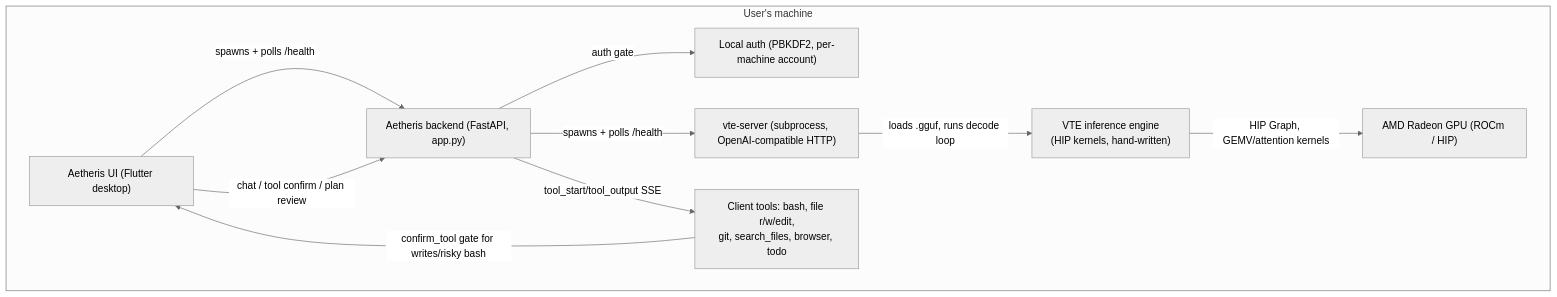
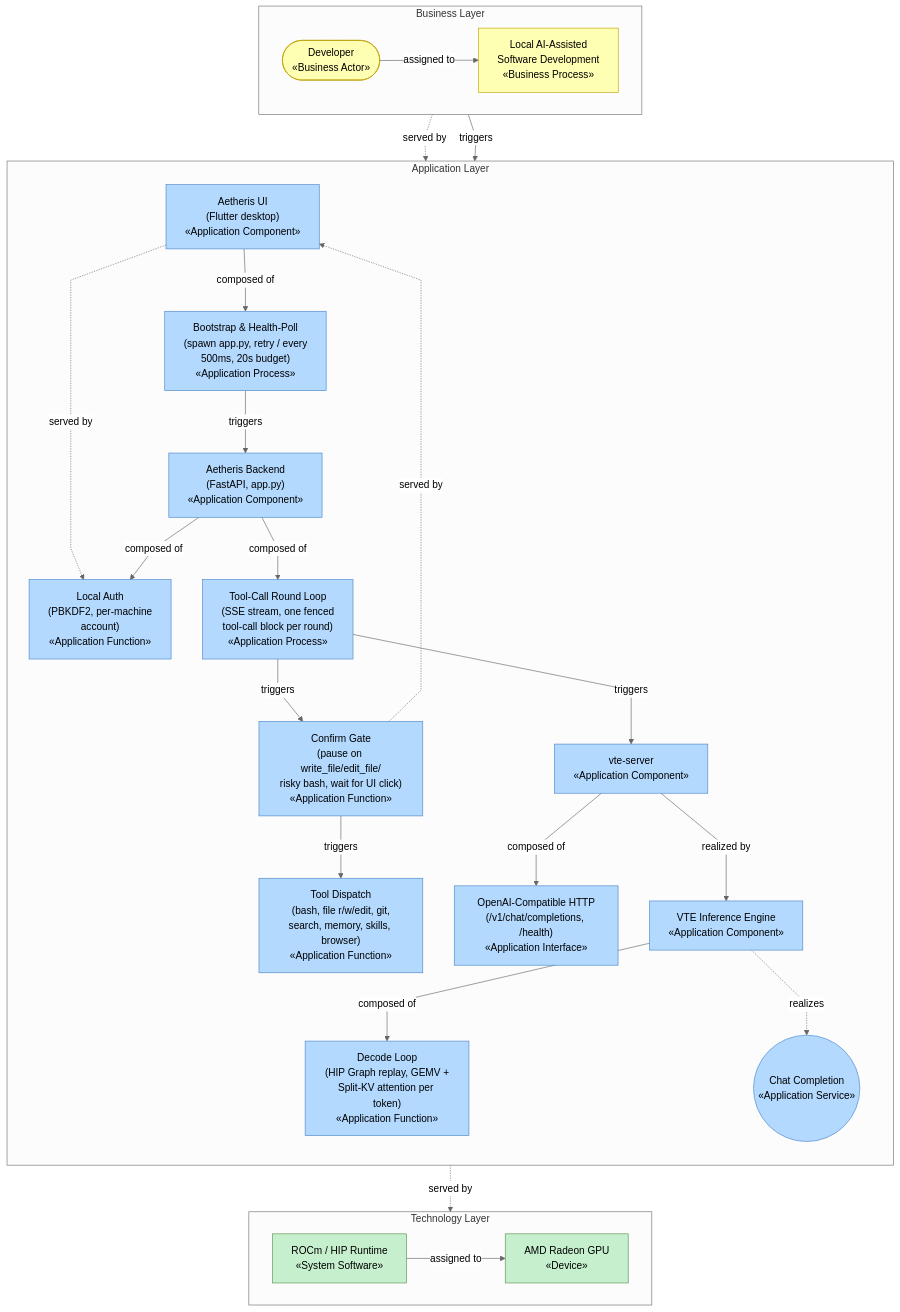
The diagram in PROJECT_SPECIFICATION.md (AMD-DEV-CONTEST/Radeon-hackathon-2026-07), drawn with Mermaid (neutral theme) before and after one commit. The commit also changed other lines of this file and 1 other file, not shown here.

Commit message:
docs: document Lemonade integration, Radeon Cloud sourcing, skill RAG; redraw architecture as ArchiMate
- Credit the real Lemonade WrappedServer backend contribution and the
  ctx_size resolution bug found along the way
- Explicitly attribute W7900 benchmarks to AMD's official Radeon Cloud
  platform instead of just naming the card
- Document the skill-library RAG capability (TF-IDF, no neural embeddings)
  as the 5th core capability
- Replace the generic flowchart in Section 2 with a layered ArchiMate
  diagram (Business/Application/Technology), straight edges, and explicit
  sub-processes (bootstrap, tool-call round loop, confirm gate, decode loop)
- Minor README wording cleanup (em dash removal)

````diff
--- a/PROJECT_SPECIFICATION.md
+++ b/PROJECT_SPECIFICATION.md
@@ -15,21 +17,58 @@
 ```mermaid
+%%{init: {'flowchart': {'curve': 'linear'}}}%%
 flowchart TB
-    subgraph Desktop["User's machine"]
-        UI["Aetheris UI (Flutter desktop)"]
-        BE["Aetheris backend (FastAPI, app.py)"]
-        Auth["Local auth (PBKDF2, per-machine account)"]
-        VS["vte-server (subprocess, OpenAI-compatible HTTP)"]
-        VTE["VTE inference engine\n(HIP kernels, hand-written)"]
-        GPU["AMD Radeon GPU (ROCm / HIP)"]
-        Tools["Client tools: bash, file r/w/edit,\ngit, search_files, browser, todo"]
+    subgraph BusinessLayer["Business Layer"]
+        direction LR
+        Actor(["Developer\n«Business Actor»"])
+        Process["Local AI-Assisted\nSoftware Development\n«Business Process»"]
     end
 
-    UI -- "spawns + polls /health" --> BE
-    UI -- "chat / tool confirm / plan review" --> BE
-    BE -- "auth gate" --> Auth
-    BE -- "spawns + polls /health" --> VS
-    VS -- "loads .gguf, runs decode loop" --> VTE
-    VTE -- "HIP Graph, GEMV/attention kernels" --> GPU
-    BE -- "tool_start/tool_output SSE" --> Tools
-    Tools -- "confirm_tool gate for writes/risky bash" --> UI
+    subgraph ApplicationLayer["Application Layer"]
+        direction TB
+        UI["Aetheris UI\n(Flutter desktop)\n«Application Component»"]
+        Boot["Bootstrap & Health-Poll\n(spawn app.py, retry / every\n500ms, 20s budget)\n«Application Process»"]
+        BE["Aetheris Backend\n(FastAPI, app.py)\n«Application Component»"]
+        Auth["Local Auth\n(PBKDF2, per-machine\naccount)\n«Application Function»"]
+        Loop["Tool-Call Round Loop\n(SSE stream, one fenced\ntool-call block per round)\n«Application Process»"]
+        Gate["Confirm Gate\n(pause on write_file/edit_file/\nrisky bash, wait for UI click)\n«Application Function»"]
+        Tools["Tool Dispatch\n(bash, file r/w/edit, git,\nsearch, memory, skills, browser)\n«Application Function»"]
+        ChatSvc(("Chat Completion\n«Application Service»"))
+        VS["vte-server\n«Application Component»"]
+        API["OpenAI-Compatible HTTP\n(/v1/chat/completions, /health)\n«Application Interface»"]
+        VTE["VTE Inference Engine\n«Application Component»"]
+        Decode["Decode Loop\n(HIP Graph replay, GEMV +\nSplit-KV attention per token)\n«Application Function»"]
+    end
+
+    subgraph TechnologyLayer["Technology Layer"]
+        direction LR
+        HIP["ROCm / HIP Runtime\n«System Software»"]
+        GPU["AMD Radeon GPU\n«Device»"]
+    end
+
+    Actor -- assigned to --> Process
+    Process -. served by .-> ChatSvc
+    Actor -- triggers --> UI
+    UI -- composed of --> Boot
+    Boot -- triggers --> BE
+    UI -. served by .-> Auth
+    BE -- composed of --> Auth
+    BE -- composed of --> Loop
+    Loop -- triggers --> Gate
+    Gate -. served by .-> UI
+    Gate -- triggers --> Tools
+    Loop -- triggers --> VS
+    VS -- composed of --> API
+    VS -- realized by --> VTE
+    VTE -- composed of --> Decode
+    VTE -. realizes .-> ChatSvc
+    Decode -. served by .-> HIP
+    HIP -- assigned to --> GPU
+
+    classDef business fill:#FFFFB3,stroke:#C0A000,color:#000
+    classDef application fill:#B3D9FF,stroke:#4A86C8,color:#000
+    classDef technology fill:#C6EFCE,stroke:#5F8F4E,color:#000
+
+    class Actor,Process business
+    class UI,Boot,BE,Auth,Loop,Gate,Tools,ChatSvc,VS,API,VTE,Decode application
+    class HIP,GPU technology
 ```
````
